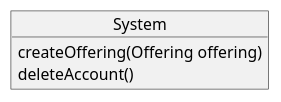
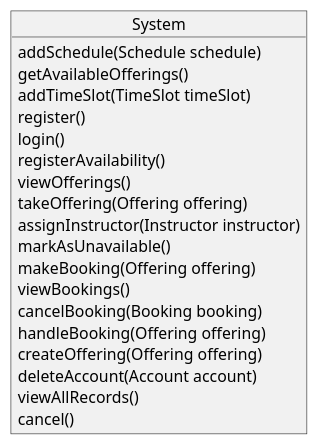
The diagram in Documentation/SystemOperations.plantUML (FrancoDominguez/SOEN342-project), drawn with PlantUML before and after one commit.

Commit message:
SystemOperations Diagram Completed

```diff
--- a/Documentation/SystemOperations.plantUML
+++ b/Documentation/SystemOperations.plantUML
@@ -1,8 +1,24 @@
 @startuml
 
 object System {
-  createOffering(Offering offering)
-  deleteAccount()
+    addSchedule(Schedule schedule)
+    getAvailableOfferings()
+    addTimeSlot(TimeSlot timeSlot)
+    register()
+    login()
+    registerAvailability()
+    viewOfferings()
+    takeOffering(Offering offering)
+    assignInstructor(Instructor instructor)
+    markAsUnavailable()
+    makeBooking(Offering offering)
+    viewBookings()
+    cancelBooking(Booking booking)
+    handleBooking(Offering offering)
+    createOffering(Offering offering)
+    deleteAccount(Account account)
+    viewAllRecords()
+    cancel()
 }
 
 @enduml
```
